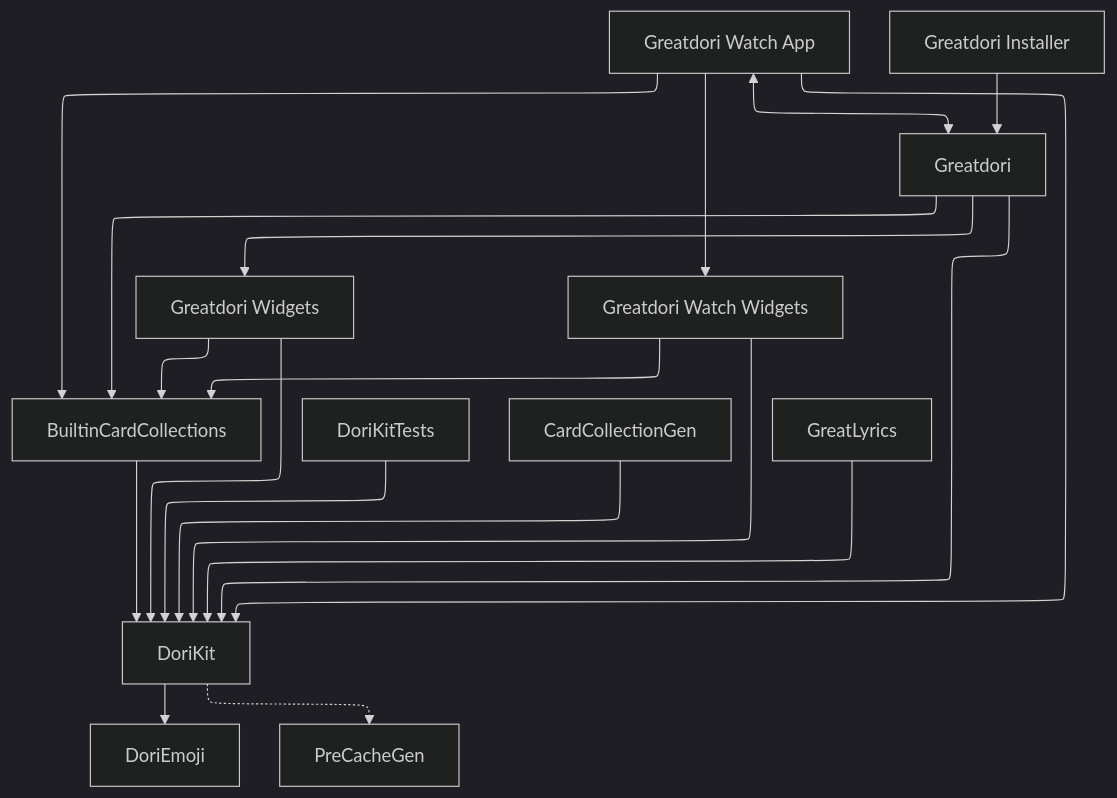
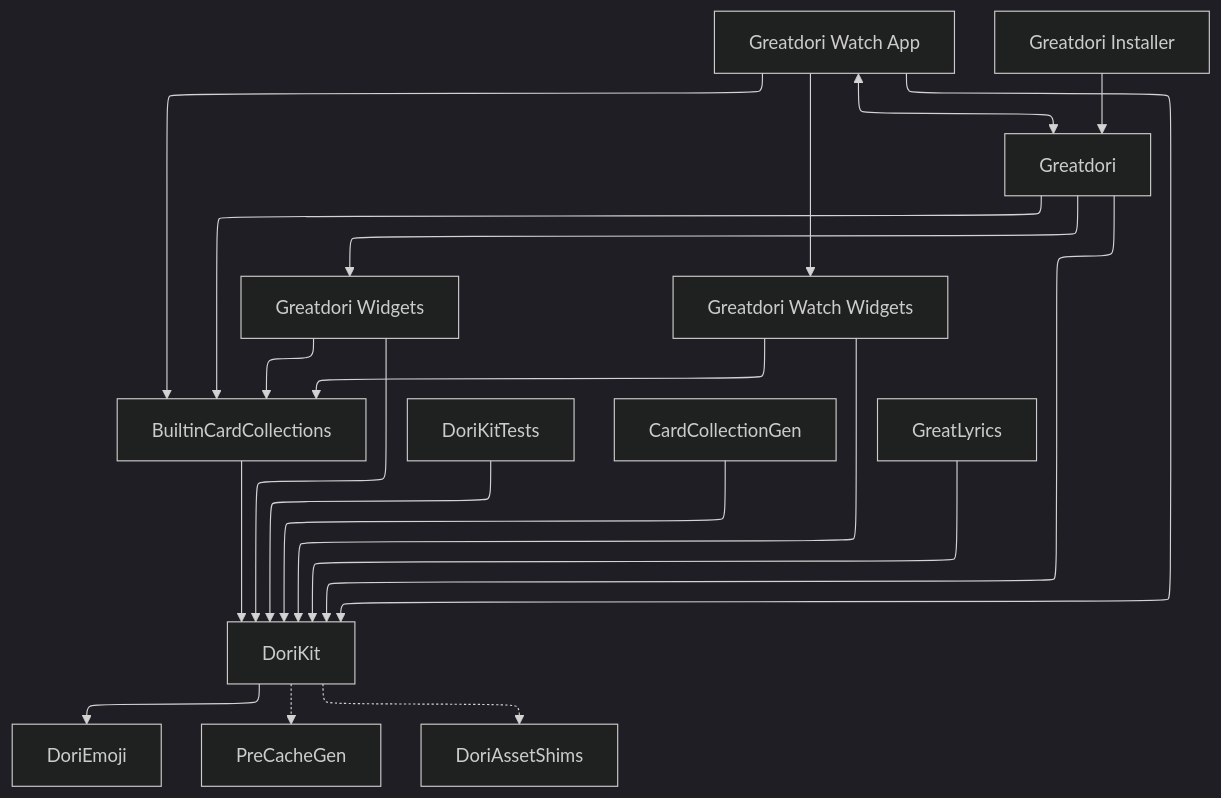
Before and after one commit to Greatdori/Greatdori: the diagram in README.md, drawn with Mermaid (dark theme). The commit also changed other lines of this file, not shown here.

````diff
--- a/README.md
+++ b/README.md
@@ -100,19 +101,20 @@
 ```mermaid
 ---
 config:
   layout: elk
 ---
 flowchart TD;
     GA["Greatdori"] --> DK["DoriKit"] & GW["Greatdori Widgets"] & BCC["BuiltinCardCollections"]
     GWA["Greatdori Watch App"] <--> GA
     GW --> DK & BCC
     GWA --> DK & BCC & GWW["Greatdori Watch Widgets"]
     GWW --> DK & BCC
     BCC --> DK
     DKT["DoriKitTests"] --> DK
     DK --> DE["DoriEmoji"]
     DK -.-> PCG["PreCacheGen"]
+    DK -.-> DAS["DoriAssetShims"]
     GI["Greatdori Installer"] --> GA
     CCG["CardCollectionGen"] --> DK
     GL["GreatLyrics"] --> DK
 ```
````
